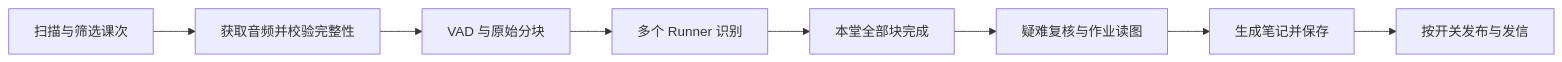
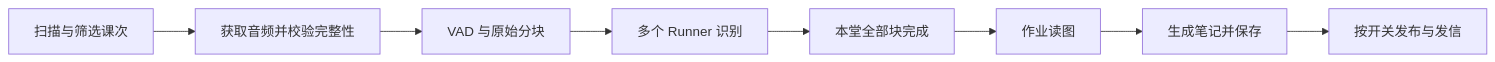
The diagram in README.md (Lucasuiii/iCourseNotes), drawn with Mermaid before and after one commit. The commit also changed other lines of this file and 6 other files, not shown here.

````diff
--- a/README.md
+++ b/README.md
@@ -32,10 +32,10 @@
 ```mermaid
 flowchart LR
     A[扫描与筛选课次] --> B[获取音频并校验完整性]
     B --> C[VAD 与原始分块]
     C --> D[多个 Runner 识别]
     D --> E[本堂全部块完成]
-    E --> F[疑难复核与作业读图]
+    E --> F[作业读图]
     F --> G[生成笔记并保存]
     G --> H[按开关发布与发信]
 ```
````
